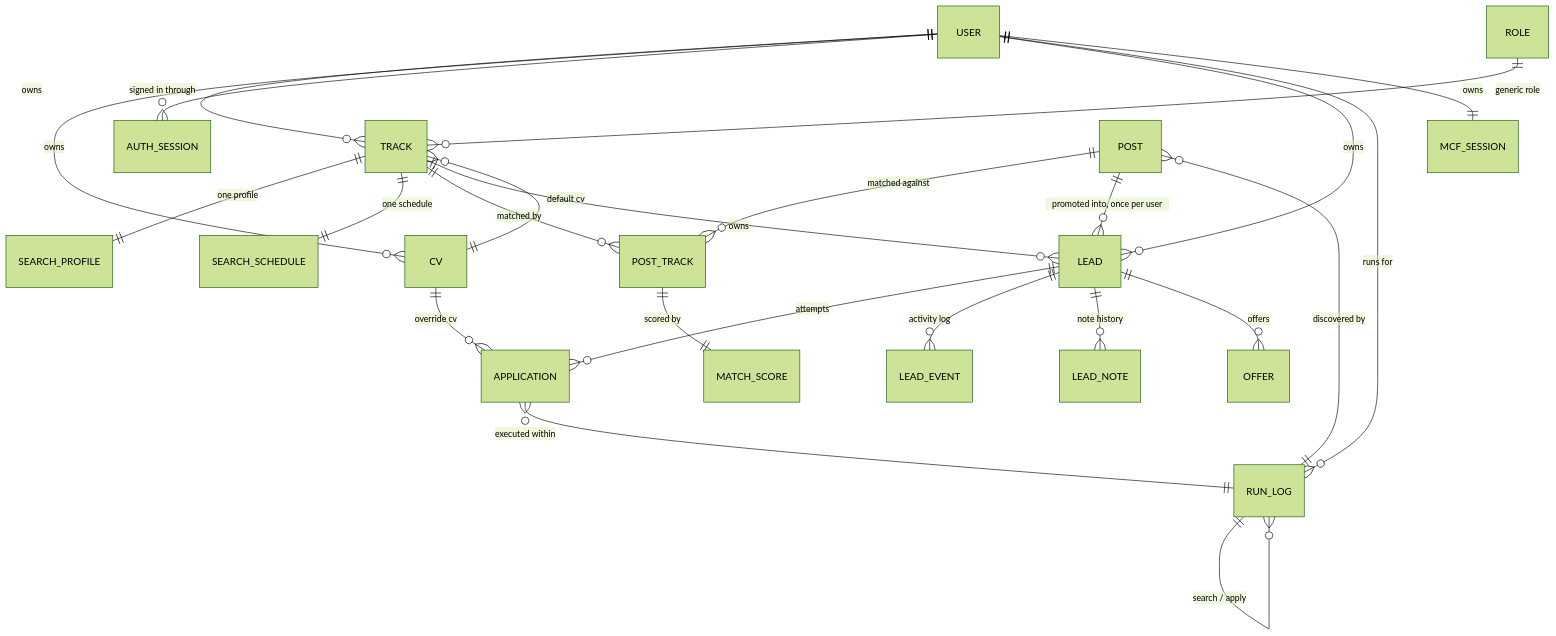
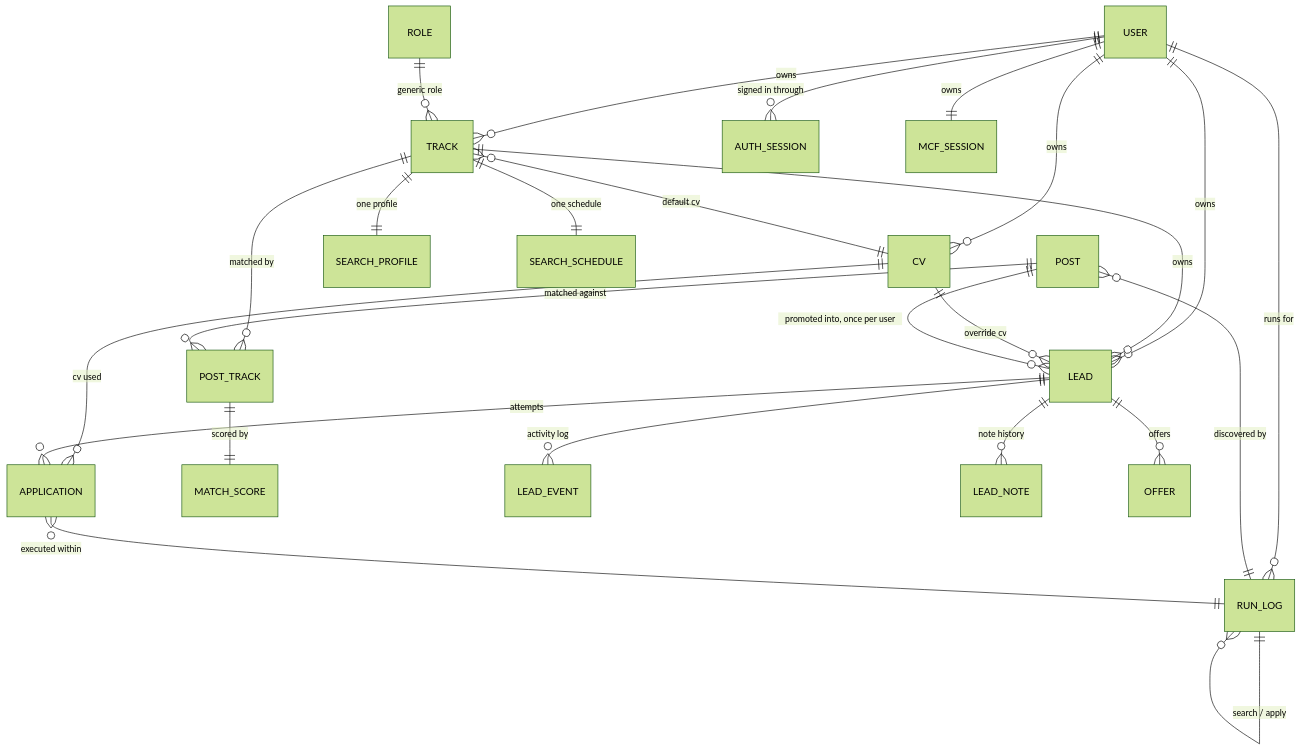
Before and after one commit to yayfalafels/easymcf: the diagram in docs/releases/010/design/010-data-model.md, drawn with Mermaid (forest theme). The commit also changed other lines of this file and 80 other files, not shown here.

````diff
--- a/docs/releases/010/design/010-data-model.md
+++ b/docs/releases/010/design/010-data-model.md
@@ -41,26 +41,27 @@
 ```mermaid
 erDiagram
     USER ||--o{ TRACK : "owns"
     USER ||--o{ CV : "owns"
     USER ||--o{ AUTH_SESSION : "signed in through"
     USER ||--o{ LEAD : "owns"
     USER ||--o{ RUN_LOG : "runs for"
     USER ||--|| MCF_SESSION : "owns"
     ROLE ||--o{ TRACK : "generic role"
     TRACK ||--|| SEARCH_PROFILE : "one profile"
     TRACK ||--|| SEARCH_SCHEDULE : "one schedule"
     TRACK ||--o{ POST_TRACK : "matched by"
     TRACK ||--o{ LEAD : "owns"
     TRACK }o--|| CV : "default cv"
-    CV ||--o{ APPLICATION : "override cv"
+    CV ||--o{ LEAD : "override cv"
+    CV ||--o{ APPLICATION : "cv used"
     POST ||--o{ POST_TRACK : "matched against"
     POST ||--o{ LEAD : "promoted into, once per user"
     POST }o--|| RUN_LOG : "discovered by"
     POST_TRACK ||--|| MATCH_SCORE : "scored by"
     LEAD ||--o{ APPLICATION : "attempts"
     LEAD ||--o{ LEAD_EVENT : "activity log"
     LEAD ||--o{ LEAD_NOTE : "note history"
     LEAD ||--o{ OFFER : "offers"
     APPLICATION }o--|| RUN_LOG : "executed within"
     RUN_LOG ||--o{ RUN_LOG : "search / apply"
 ```
````
